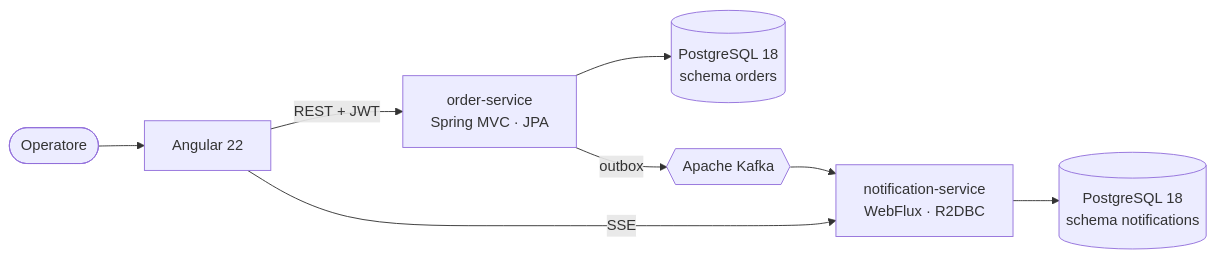
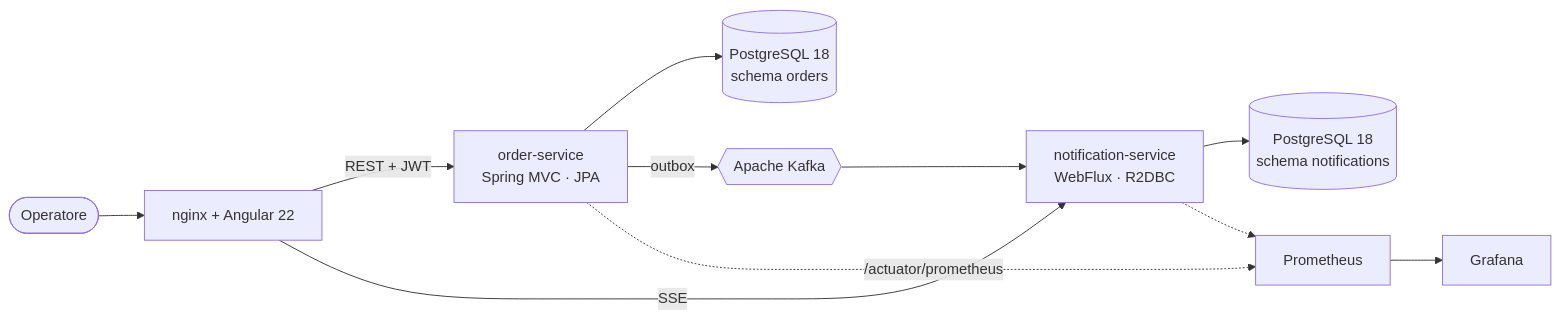
One commit to mlimber64/gestione-ordini changed the diagram in README.md. Above: the diagram before and after it, drawn with Mermaid. The commit also changed other lines of this file and 51 other files, not shown here.

````diff
--- a/README.md
+++ b/README.md
@@ -24,10 +54,13 @@
 ```mermaid
 flowchart LR
-  U(["Operatore"]) --> W["Angular 22"]
+  U(["Operatore"]) --> W["nginx + Angular 22"]
   W -->|"REST + JWT"| O["order-service<br/>Spring MVC · JPA"]
   W -->|"SSE"| N["notification-service<br/>WebFlux · R2DBC"]
   O --> P1[("PostgreSQL 18<br/>schema orders")]
   O -->|"outbox"| K{{"Apache Kafka"}}
   K --> N
   N --> P2[("PostgreSQL 18<br/>schema notifications")]
+  O -.->|"/actuator/prometheus"| M["Prometheus"]
+  N -.-> M
+  M --> G["Grafana"]
 ```
````
